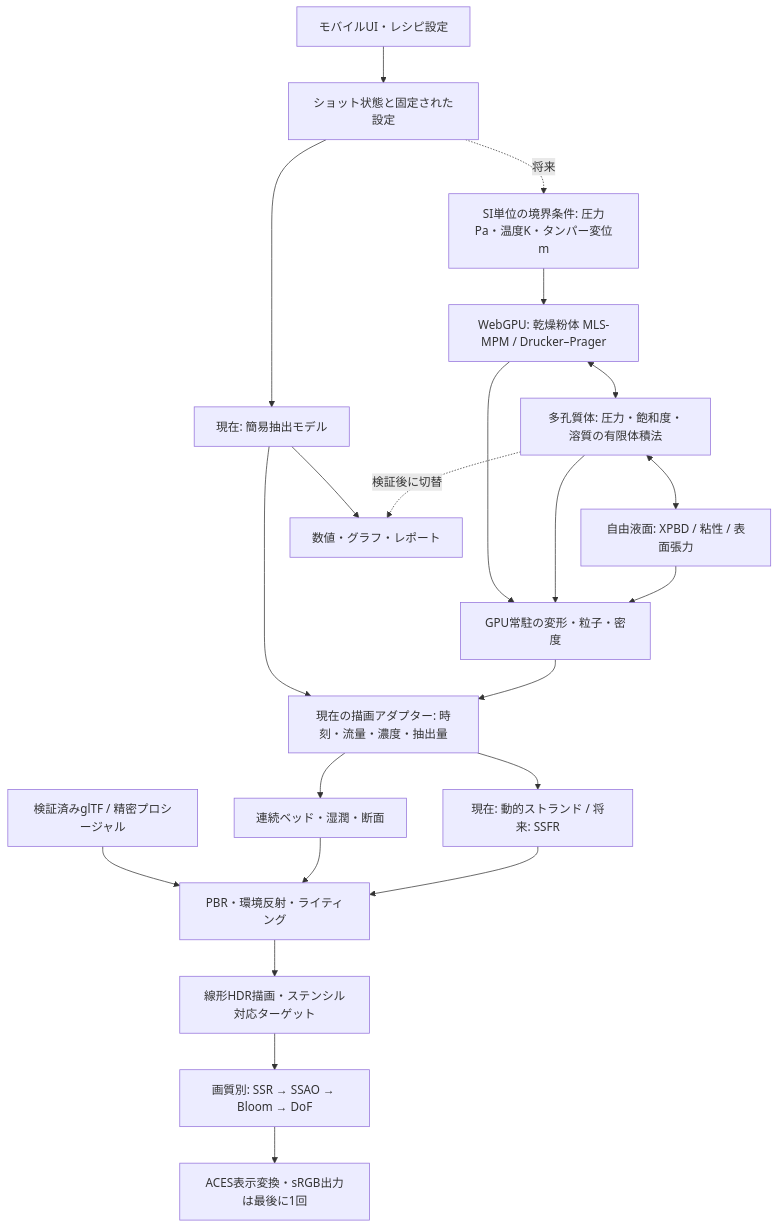
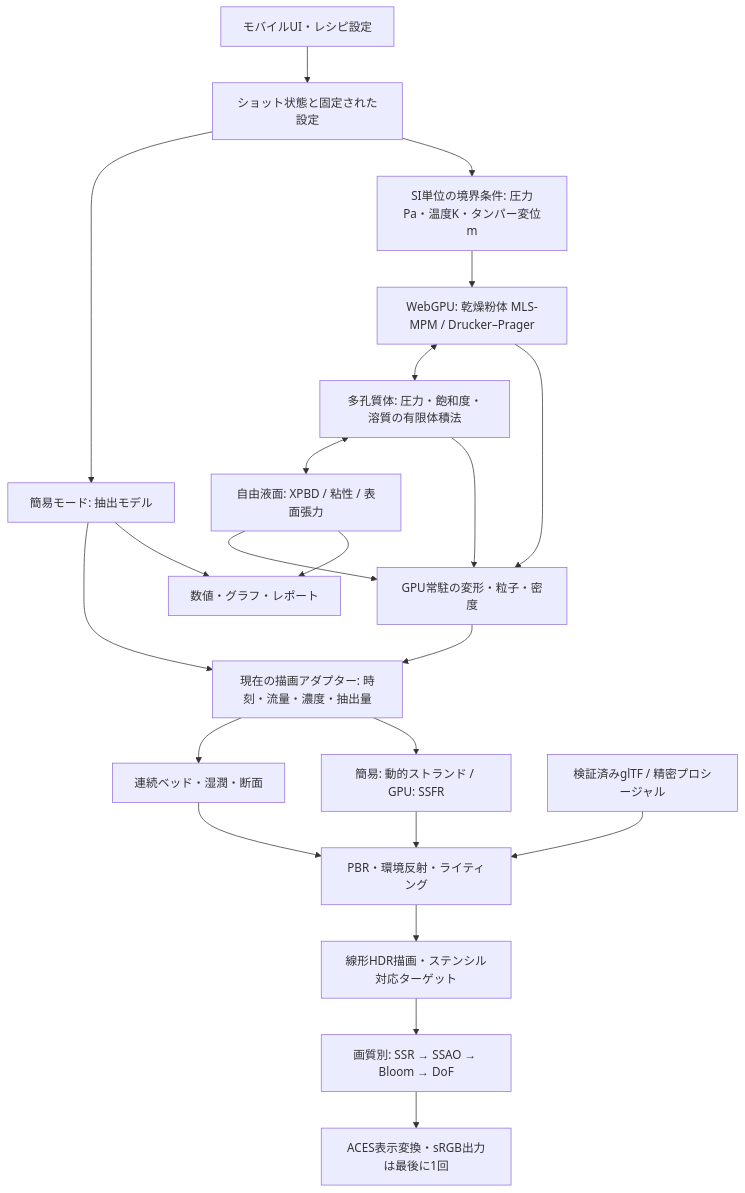
One commit to imim100913-cell/espresso-physics-simulator changed the diagram in docs/architecture/graphics-physics.md. Above: the diagram before and after it, drawn with Mermaid. The commit also changed other lines of this file and 26 other files, not shown here.

Commit message:
Implement GPU-coupled espresso physics and measured shot reports (#3)

````diff
--- a/docs/architecture/graphics-physics.md
+++ b/docs/architecture/graphics-physics.md
@@ -24,24 +22,24 @@
 ```mermaid
 flowchart TD
   UI[モバイルUI・レシピ設定] --> Shot[ショット状態と固定された設定]
-  Shot --> Current[現在: 簡易抽出モデル]
-  Shot -.将来.-> Bound[SI単位の境界条件: 圧力Pa・温度K・タンパー変位m]
+  Shot --> Current[簡易モード: 抽出モデル]
+  Shot --> Bound[SI単位の境界条件: 圧力Pa・温度K・タンパー変位m]
   Bound --> MPM[WebGPU: 乾燥粉体 MLS-MPM / Drucker–Prager]
   MPM <--> Porous[多孔質体: 圧力・飽和度・溶質の有限体積法]
   Porous <--> Free[自由液面: XPBD / 粘性 / 表面張力]
   MPM --> GPU[GPU常駐の変形・粒子・密度]
   Porous --> GPU
   Free --> GPU
   Current --> Adapter[現在の描画アダプター: 時刻・流量・濃度・抽出量]
   GPU --> Adapter
   Adapter --> Bed[連続ベッド・湿潤・断面]
-  Adapter --> Fluid[現在: 動的ストランド / 将来: SSFR]
+  Adapter --> Fluid[簡易: 動的ストランド / GPU: SSFR]
   CAD[検証済みglTF / 精密プロシージャル] --> PBR[PBR・環境反射・ライティング]
   Bed --> PBR
   Fluid --> PBR
   PBR --> Beauty[線形HDR描画・ステンシル対応ターゲット]
   Beauty --> FX[画質別: SSR → SSAO → Bloom → DoF]
   FX --> Output[ACES表示変換・sRGB出力は最後に1回]
   Current --> Report[数値・グラフ・レポート]
-  Porous -.検証後に切替.-> Report
+  Free --> Report
 ```
````
